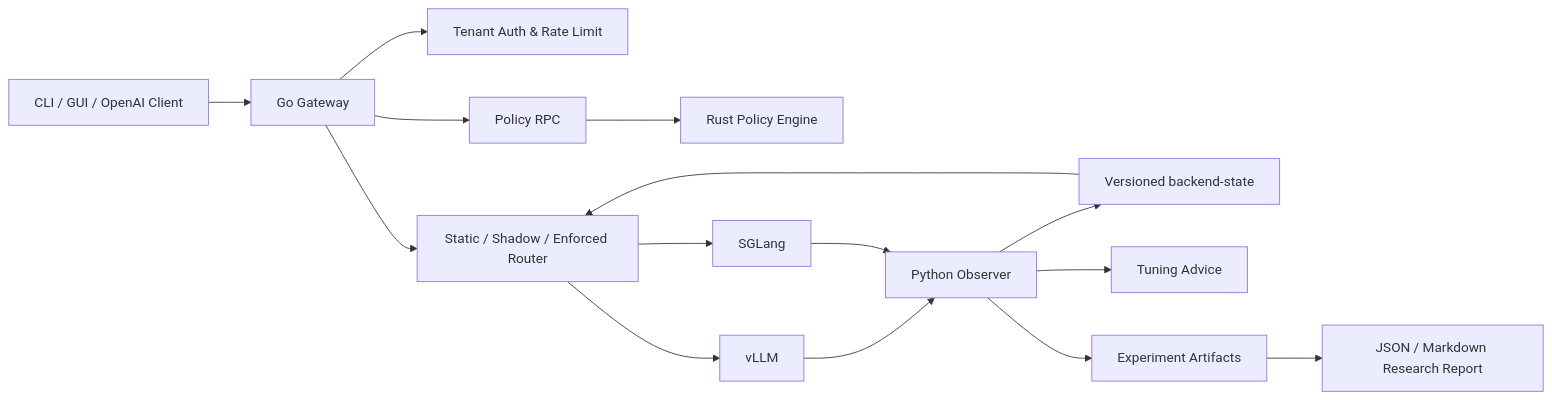
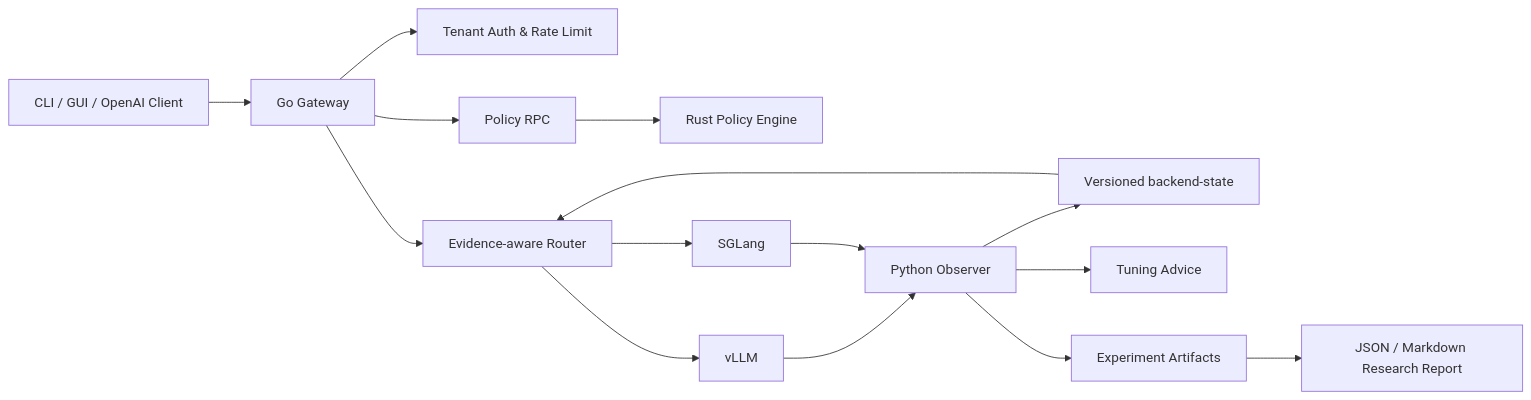
The diagram in README.md (BokaiGuo/Kavora), drawn with Mermaid before and after one commit. The commit also changed other lines of this file and 30 other files, not shown here.

Commit message:
feat: add evidence-aware routing control plane

````diff
--- a/README.md
+++ b/README.md
@@ -51,17 +51,17 @@
 ```mermaid
 flowchart LR
     U[CLI / GUI / OpenAI Client] --> G[Go Gateway]
     G --> T[Tenant Auth & Rate Limit]
     G --> P[Policy RPC]
     P --> R[Rust Policy Engine]
-    G --> Q[Static / Shadow / Enforced Router]
+    G --> Q[Evidence-aware Router]
     Q --> V[vLLM]
     Q --> S[SGLang]
     V --> O[Python Observer]
     S --> O
     O --> B[Versioned backend-state]
     B --> Q
     O --> A[Tuning Advice]
     O --> E[Experiment Artifacts]
     E --> X[JSON / Markdown Research Report]
 ```
````
